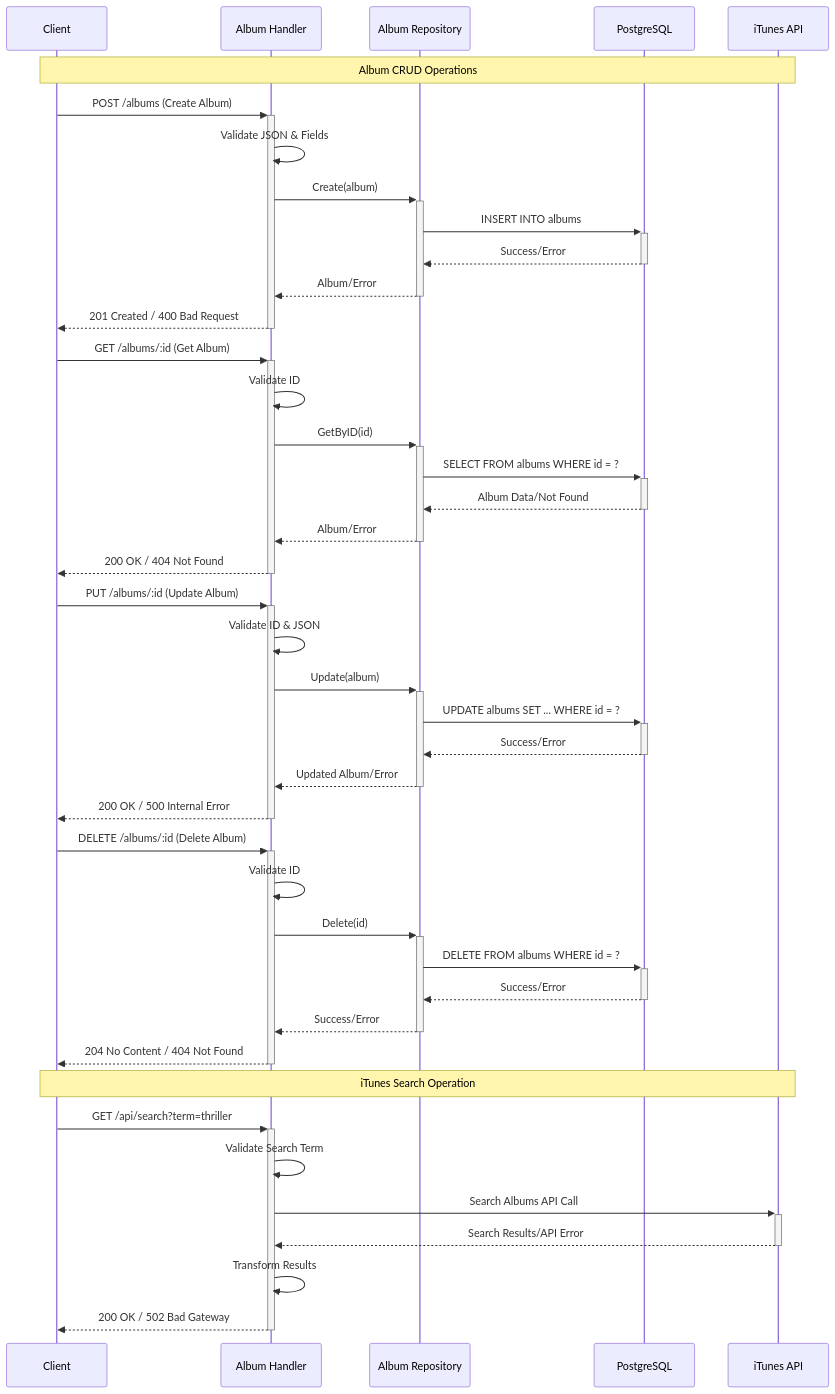
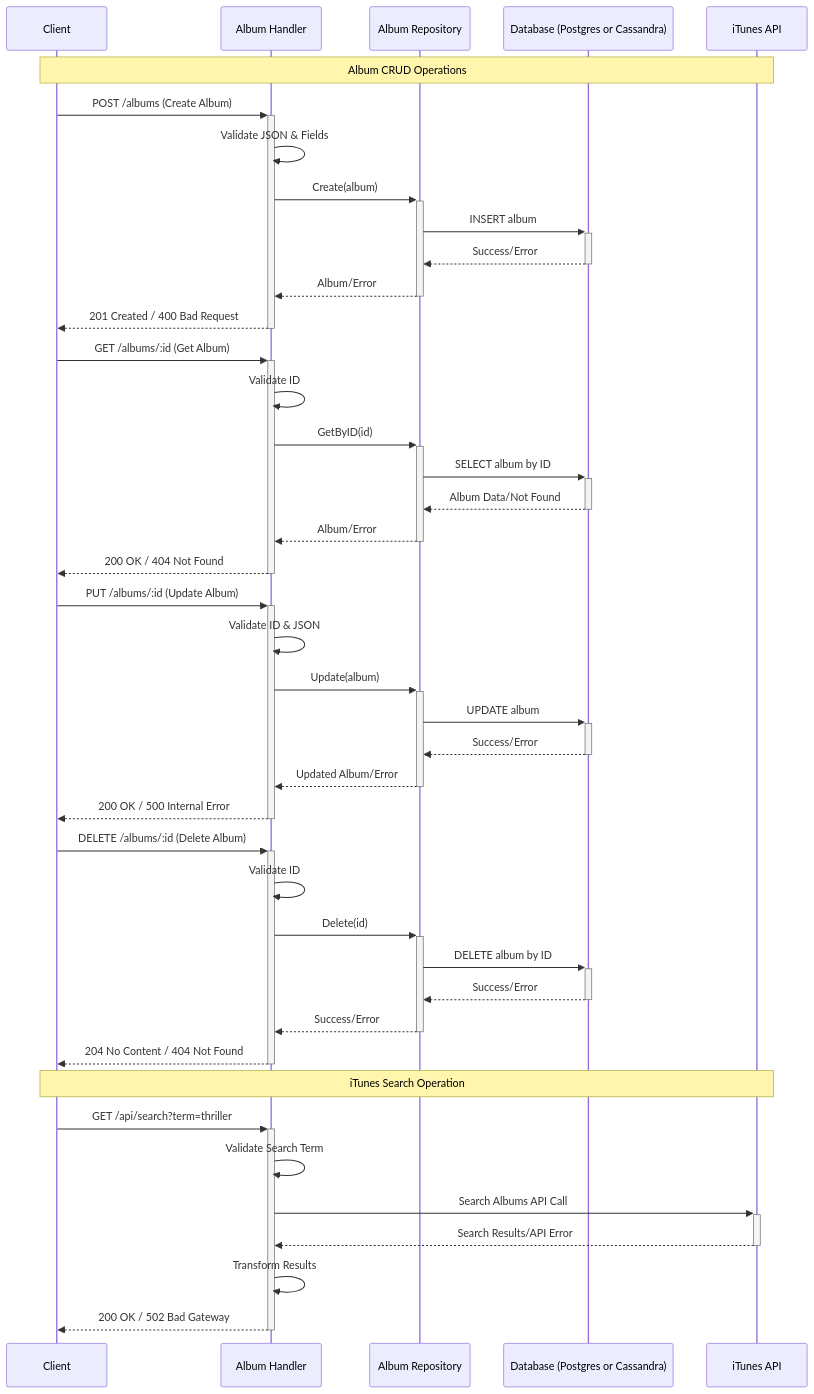
One commit to tvergilio/motown-house-backend changed the diagram in diagrams/source/activity.mmd. Above: the diagram before and after it, drawn with Mermaid. The commit also changed 5 other files, not shown here.

First line of the commit message:
Update high-level architecture diagram

```diff
--- a/diagrams/source/activity.mmd
+++ b/diagrams/source/activity.mmd
@@ -1,49 +1,49 @@
 sequenceDiagram
     participant Client
     participant Handler as Album Handler
     participant Repo as Album Repository
-    participant DB as PostgreSQL
+    participant DB as Database (Postgres or Cassandra)
     participant iTunes as iTunes API
     
     Note over Client, iTunes: Album CRUD Operations
     
     Client->>+Handler: POST /albums (Create Album)
     Handler->>Handler: Validate JSON & Fields
     Handler->>+Repo: Create(album)
-    Repo->>+DB: INSERT INTO albums
+    Repo->>+DB: INSERT album
     DB-->>-Repo: Success/Error
     Repo-->>-Handler: Album/Error
     Handler-->>-Client: 201 Created / 400 Bad Request
     
     Client->>+Handler: GET /albums/:id (Get Album)
     Handler->>Handler: Validate ID
     Handler->>+Repo: GetByID(id)
-    Repo->>+DB: SELECT FROM albums WHERE id = ?
+    Repo->>+DB: SELECT album by ID
     DB-->>-Repo: Album Data/Not Found
     Repo-->>-Handler: Album/Error
     Handler-->>-Client: 200 OK / 404 Not Found
     
     Client->>+Handler: PUT /albums/:id (Update Album)
     Handler->>Handler: Validate ID & JSON
     Handler->>+Repo: Update(album)
-    Repo->>+DB: UPDATE albums SET ... WHERE id = ?
+    Repo->>+DB: UPDATE album
     DB-->>-Repo: Success/Error
     Repo-->>-Handler: Updated Album/Error
     Handler-->>-Client: 200 OK / 500 Internal Error
     
     Client->>+Handler: DELETE /albums/:id (Delete Album)
     Handler->>Handler: Validate ID
     Handler->>+Repo: Delete(id)
-    Repo->>+DB: DELETE FROM albums WHERE id = ?
+    Repo->>+DB: DELETE album by ID
     DB-->>-Repo: Success/Error
     Repo-->>-Handler: Success/Error
     Handler-->>-Client: 204 No Content / 404 Not Found
     
     Note over Client, iTunes: iTunes Search Operation
     
     Client->>+Handler: GET /api/search?term=thriller
     Handler->>Handler: Validate Search Term
     Handler->>+iTunes: Search Albums API Call
     iTunes-->>-Handler: Search Results/API Error
     Handler->>Handler: Transform Results
     Handler-->>-Client: 200 OK / 502 Bad Gateway
```
